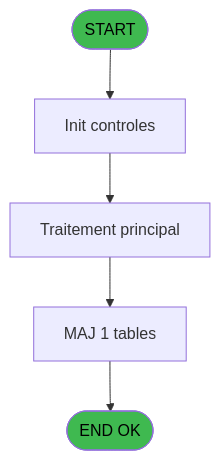
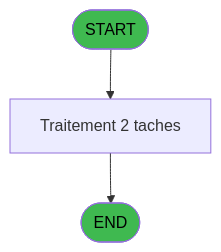
One commit to thonyAGP/magic-migration changed the first of 3 diagrams in .openspec/specs/ADH-IDE-114.md. Above: the diagram before and after it, drawn with Mermaid. The commit also changed other lines of this file and 311 other files, not shown here.

````diff
--- a/.openspec/specs/ADH-IDE-114.md
+++ b/.openspec/specs/ADH-IDE-114.md
@@ -475,14 +475,9 @@
 ```mermaid
 flowchart TD
     START([START])
-    INIT[Init controles]
-    SAISIE[Traitement principal]
-    UPDATE[MAJ 1 tables]
-    ENDOK([END OK])
-
-    START --> INIT --> SAISIE
-    SAISIE --> UPDATE --> ENDOK
-
+    PROCESS[Traitement 2 taches]
+    ENDOK([END])
+    START --> PROCESS --> ENDOK
     style START fill:#3fb950,color:#000
     style ENDOK fill:#3fb950,color:#000
 ```
````
